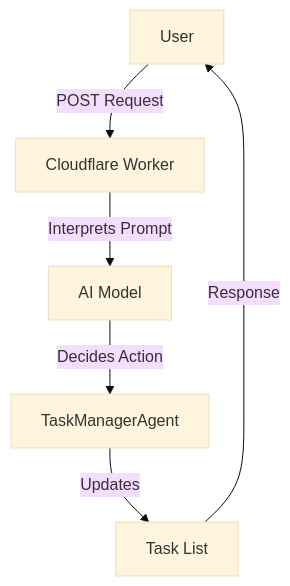
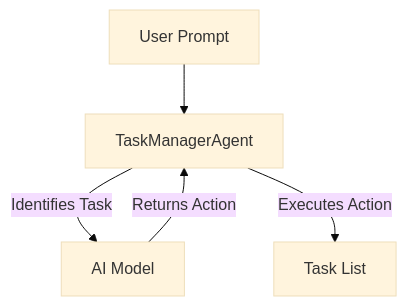
Before and after one commit to reeawnc/cloudflare: the second of 2 diagrams in apps/agent-task-manager/README.md, drawn with Mermaid (base theme). The commit also changed other lines of this file and 12 other files, not shown here.

````diff
--- a/apps/agent-task-manager/README.md
+++ b/apps/agent-task-manager/README.md
@@ -60,8 +125,7 @@
 ```mermaid
 graph TD;
-    A[User] -->|POST Request| B[Cloudflare Worker]
-    B -->|Interprets Prompt| C[AI Model]
-    C -->|Decides Action| D[TaskManagerAgent]
-    D -->|Updates| E[Task List]
-    E -->|Response| A
+    A[User Prompt] --> B[TaskManagerAgent];
+    B -->|Identifies Task| C[AI Model];
+    C -->|Returns Action| B;
+    B -->|Executes Action| D[Task List];
 ```
````
